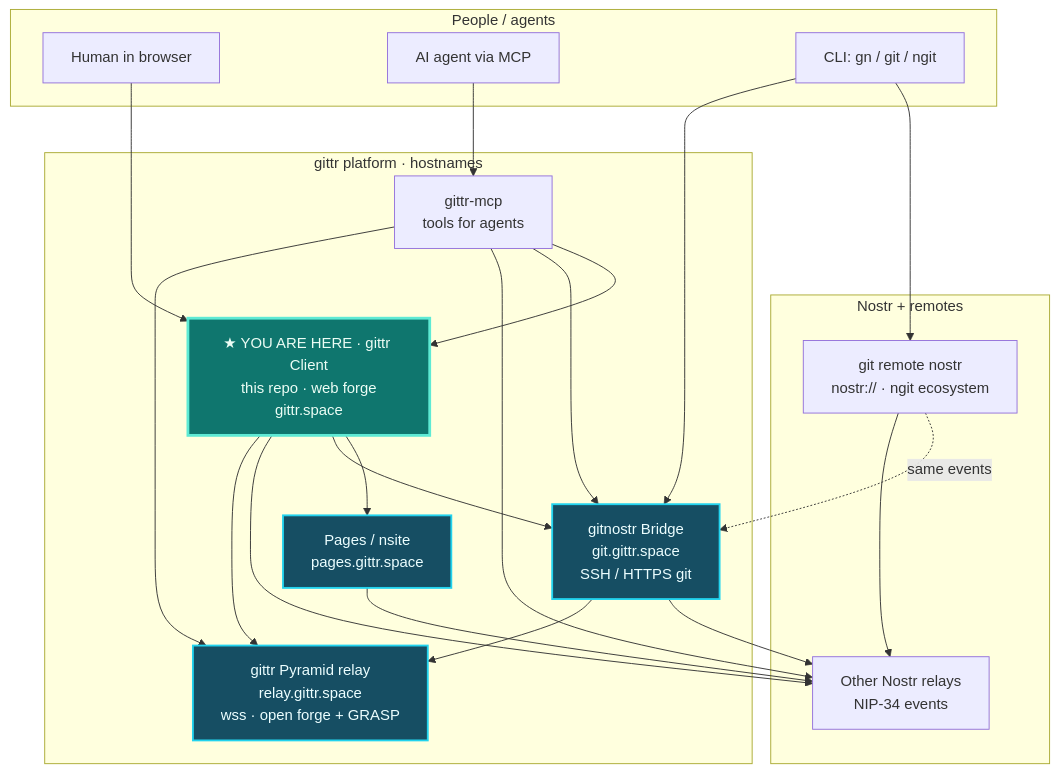
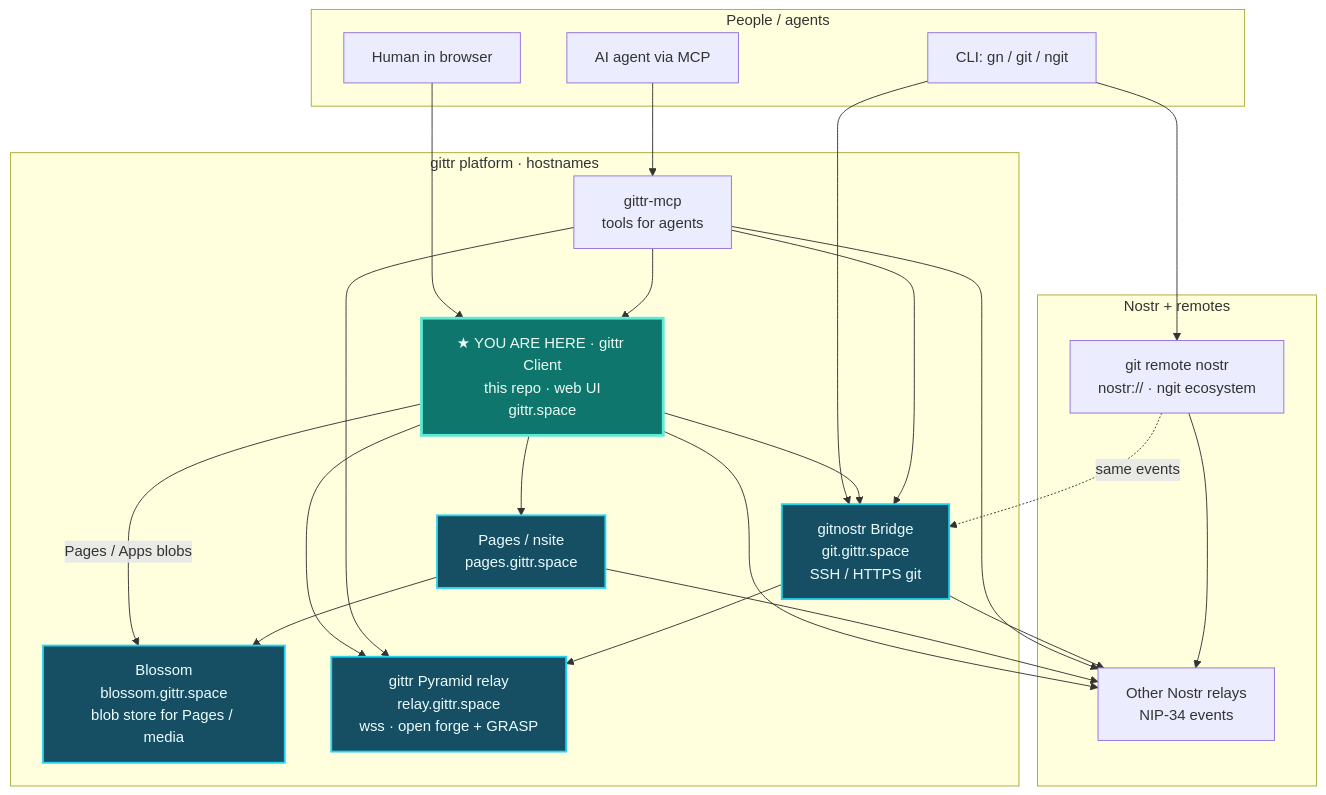
The diagram in README.md (arbadacarbaYK/gittr), drawn with Mermaid before and after one commit. The commit also changed other lines of this file and 188 other files, not shown here.

````diff
--- a/README.md
+++ b/README.md
@@ -11,44 +11,47 @@
 ```mermaid
 flowchart TB
   subgraph people["People / agents"]
     Human["Human in browser"]
     Agent["AI agent via MCP"]
     CLI["CLI: gn / git / ngit"]
   end
 
   subgraph gittr_stack["gittr platform · hostnames"]
-    UI["★ YOU ARE HERE · gittr Client<br/>this repo · web forge<br/>gittr.space"]
+    UI["★ YOU ARE HERE · gittr Client<br/>this repo · web UI<br/>gittr.space"]
     Pages["Pages / nsite<br/>pages.gittr.space"]
+    Blossom["Blossom<br/>blossom.gittr.space<br/>blob store for Pages / media"]
     Bridge["gitnostr Bridge<br/>git.gittr.space<br/>SSH / HTTPS git"]
     MCP["gittr-mcp<br/>tools for agents"]
     RelayGittr["gittr Pyramid relay<br/>relay.gittr.space<br/>wss · open forge + GRASP"]
   end
 
   subgraph nostr_world["Nostr + remotes"]
     Relays["Other Nostr relays<br/>NIP-34 events"]
     RemoteNostr["git remote nostr<br/>nostr:// · ngit ecosystem"]
   end
 
   Human --> UI
   Agent --> MCP
   CLI --> Bridge
   CLI --> RemoteNostr
   UI --> RelayGittr
   UI --> Relays
   UI --> Bridge
   UI --> Pages
+  UI -->|Pages / Apps blobs| Blossom
+  Pages --> Relays
+  Pages --> Blossom
   MCP --> RelayGittr
   MCP --> Relays
   MCP --> Bridge
   MCP --> UI
-  Pages --> Relays
   Bridge --> RelayGittr
   Bridge --> Relays
   RemoteNostr --> Relays
   RemoteNostr -.->|same events| Bridge
 
   classDef youAreHere fill:#0f766e,stroke:#5eead4,stroke-width:3px,color:#ecfdf5
   classDef hostUrl fill:#164e63,stroke:#22d3ee,stroke-width:2px,color:#ecfeff
   class UI youAreHere
-  class Bridge,Pages,RelayGittr hostUrl
+  class Bridge,Pages,Blossom,RelayGittr hostUrl
 ```
````
